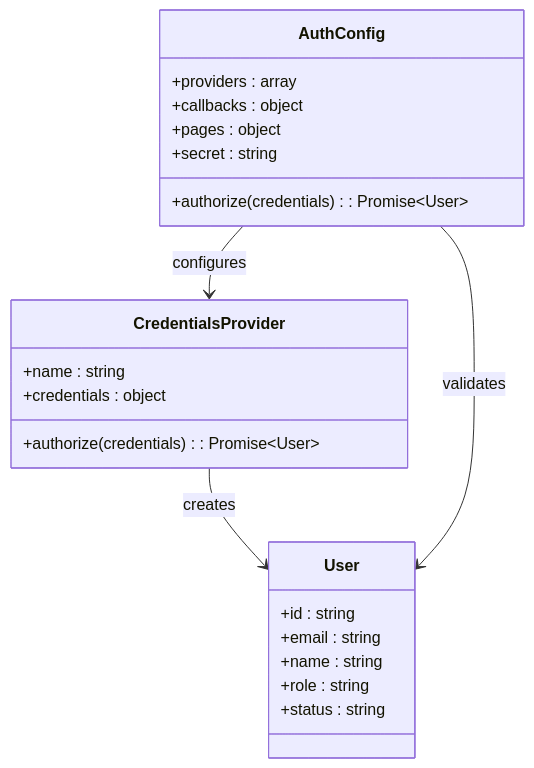
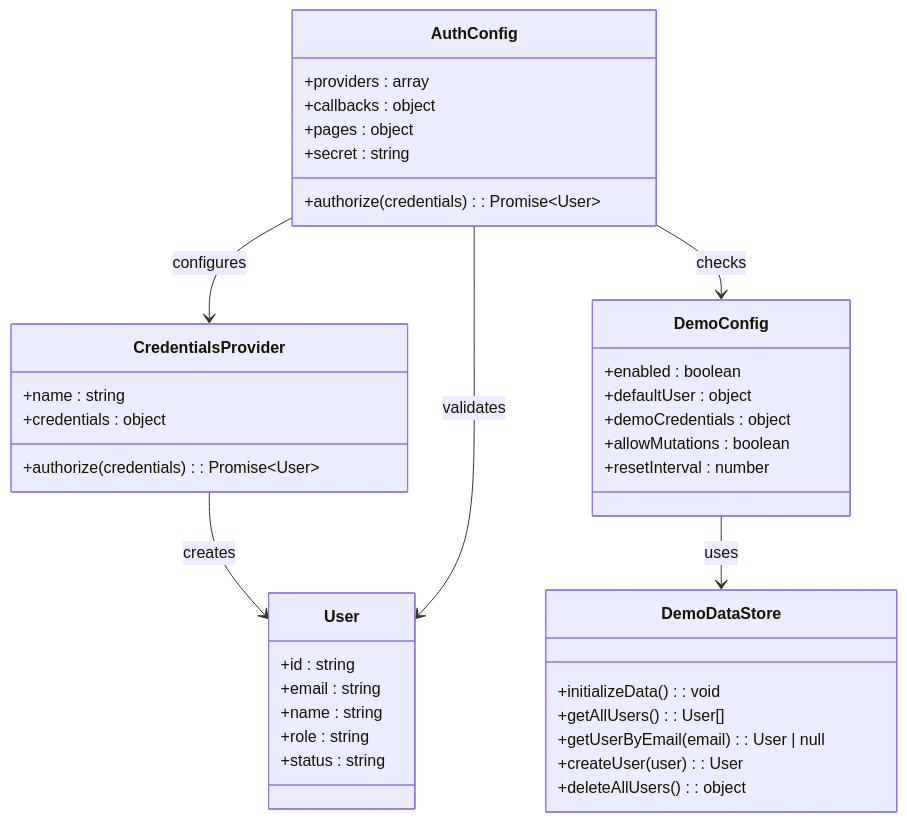
One commit to RadiumAg/AIGate changed the third of 11 diagrams in .qoder/repowiki/zh/content/核心功能/用户认证系统.md. Above: the diagram before and after it, drawn with Mermaid. The commit also changed other lines of this file and 11 other files, not shown here.

````diff
--- a/.qoder/repowiki/zh/content/核心功能/用户认证系统.md
+++ b/.qoder/repowiki/zh/content/核心功能/用户认证系统.md
@@ -152,25 +201,41 @@
 ```mermaid
 classDiagram
 class CredentialsProvider {
 +name : string
 +credentials : object
 +authorize(credentials) : Promise~User~
 }
 class User {
 +id : string
 +email : string
 +name : string
 +role : string
 +status : string
 }
 class AuthConfig {
 +providers : array
 +callbacks : object
 +pages : object
 +secret : string
 +authorize(credentials) : Promise~User~
 }
+class DemoConfig {
++enabled : boolean
++defaultUser : object
++demoCredentials : object
++allowMutations : boolean
++resetInterval : number
+}
+class DemoDataStore {
++initializeData() : void
++getAllUsers() : User[]
++getUserByEmail(email) : User | null
++createUser(user) : User
++deleteAllUsers() : object
+}
 CredentialsProvider --> User : creates
 AuthConfig --> CredentialsProvider : configures
 AuthConfig --> User : validates
+AuthConfig --> DemoConfig : checks
+DemoConfig --> DemoDataStore : uses
 ```
````
